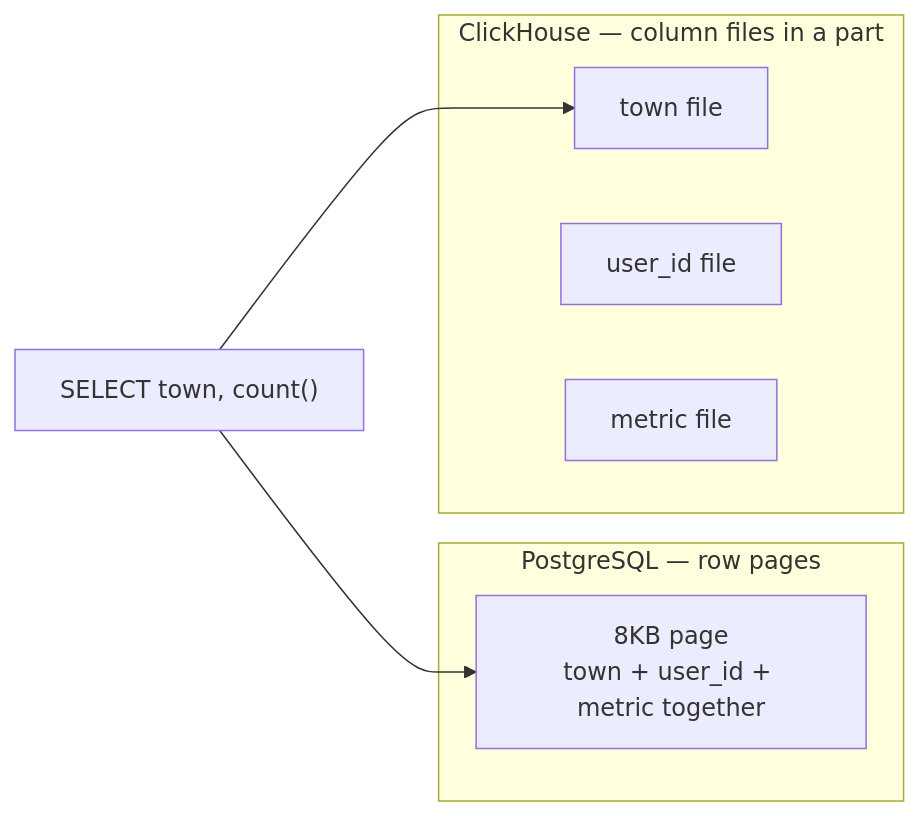
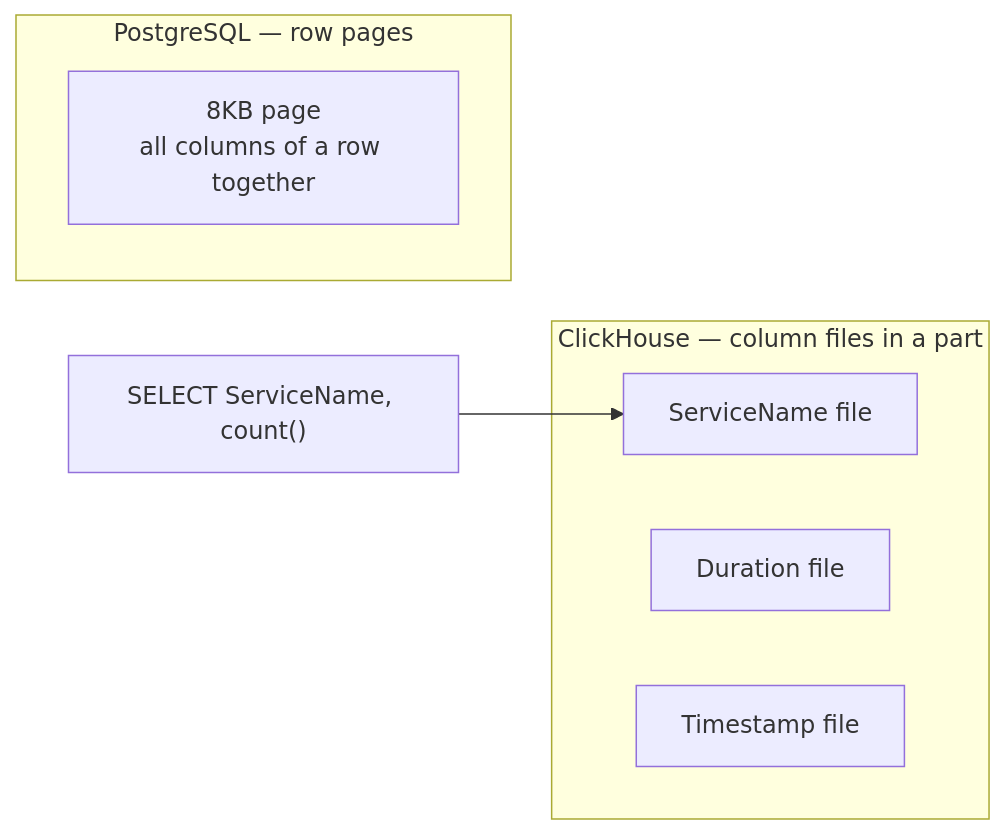
One commit to duynhlab/homelab changed the first of 3 diagrams in docs/observability/clickhouse/README.md. Above: the diagram before and after it, drawn with Mermaid. The commit also changed other lines of this file and 32 other files, not shown here.

````diff
--- a/docs/observability/clickhouse/README.md
+++ b/docs/observability/clickhouse/README.md
@@ -76,13 +103,12 @@
 ```mermaid
 flowchart LR
   subgraph rowStore ["PostgreSQL — row pages"]
-    Page["8KB page<br/>town + user_id + metric together"]
+    Page["8KB page<br/>all columns of a row together"]
   end
   subgraph colStore ["ClickHouse — column files in a part"]
-    C1["town file"]
-    C2["user_id file"]
-    C3["metric file"]
+    C1["ServiceName file"]
+    C2["Duration file"]
+    C3["Timestamp file"]
   end
-  Q["SELECT town, count()"] --> Page
-  Q --> C1
+  Q["SELECT ServiceName, count()"] --> C1
 ```
````
